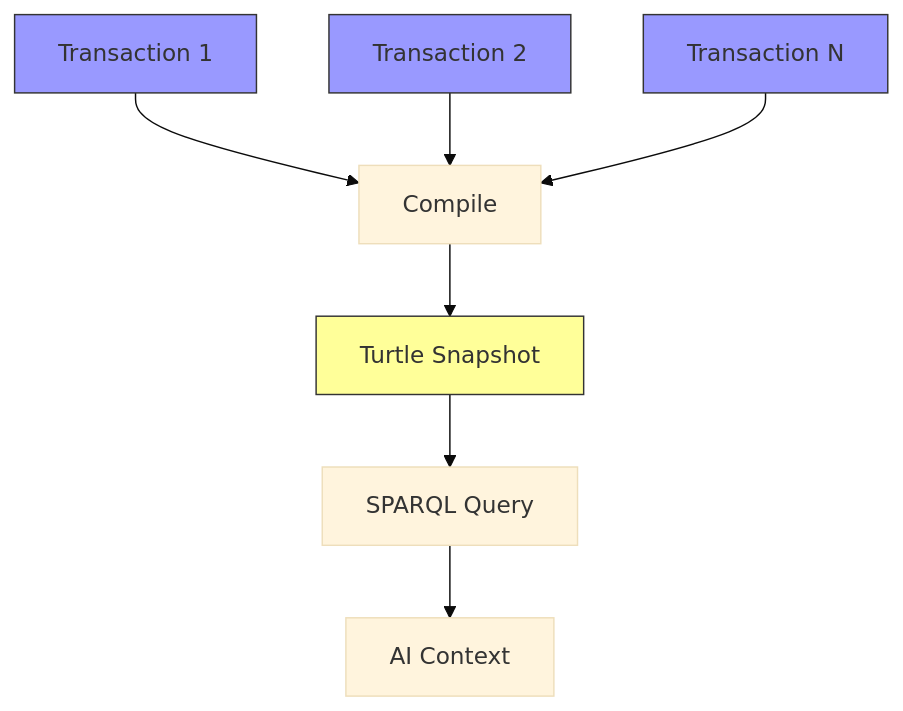
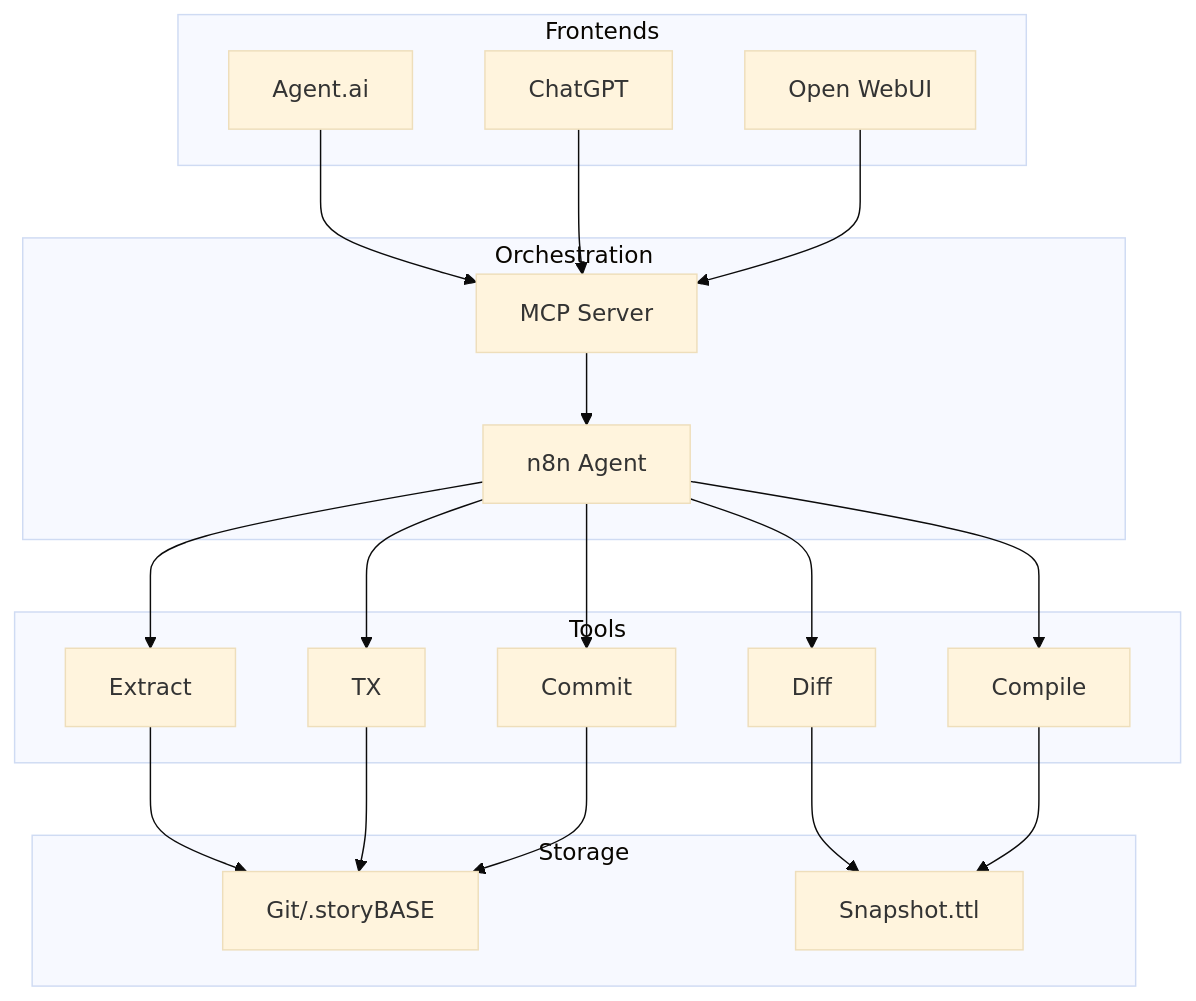
Before and after one commit to Synthetic-Identity-Co/conj-talk-2025: the fifth of 6 diagrams in presenter.md, drawn with Mermaid (base theme). The commit also changed other lines of this file, not shown here.

Commit message:
story:  dbd8427979930d9d1f6f4c120e18668891455dd0

````diff
--- a/presenter.md
+++ b/presenter.md
@@ -327,14 +311,41 @@
 ```mermaid
-graph TD
-    A[Transaction 1] --> D[Compile]
-    B[Transaction 2] --> D
-    C[Transaction N] --> D
-    D --> E[Turtle Snapshot]
-    E --> F[SPARQL Query]
-    F --> G[AI Context]
+graph TB
+    subgraph "Frontends"
+        A[Agent.ai]
+        B[ChatGPT]
+        C[Open WebUI]
+    end
     
-    style A fill:#99f,stroke:#333
-    style B fill:#99f,stroke:#333
-    style C fill:#99f,stroke:#333
-    style E fill:#ff9,stroke:#333
+    subgraph "Orchestration"
+        M[MCP Server]
+        N[n8n Agent]
+    end
+    
+    subgraph "Tools"
+        E[Extract]
+        D[Diff]
+        T[TX]
+        Co[Commit]
+        Cp[Compile]
+    end
+    
+    subgraph "Storage"
+        G[Git/.storyBASE]
+        S[Snapshot.ttl]
+    end
+    
+    A --> M
+    B --> M
+    C --> M
+    M --> N
+    N --> E
+    N --> D
+    N --> T
+    N --> Co
+    N --> Cp
+    E --> G
+    D --> S
+    T --> G
+    Co --> G
+    Cp --> S
 ```
````
